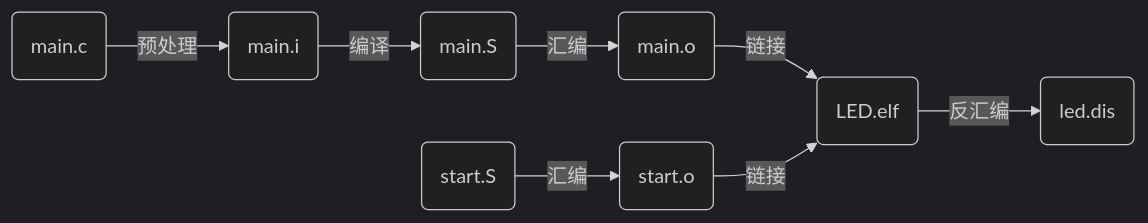
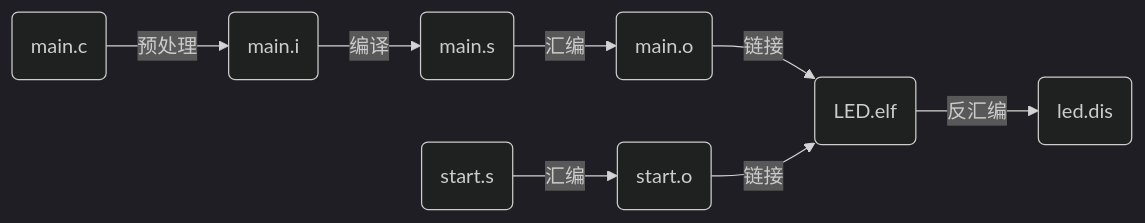
One commit to finchee/finchee.github.io changed the first of 2 diagrams in docs/notes/嵌入式 linux 应用开发/2-1_GCC编译过程.md. Above: the diagram before and after it, drawn with Mermaid (dark theme). The commit also changed 3 other files, not shown here.

````diff
--- a/docs/notes/嵌入式 linux 应用开发/2-1_GCC编译过程.md
+++ b/docs/notes/嵌入式 linux 应用开发/2-1_GCC编译过程.md
@@ -7,10 +7,10 @@
 ``` mermaid
 flowchart LR
     A(main.c) -->|预处理| B(main.i)
-    B -->|编译| C(main.S)
+    B -->|编译| C(main.s)
     C -->|汇编| D(main.o)
     D -->|链接| E(LED.elf)
     E -->|反汇编| F(led.dis)
-    G(start.S) -->|汇编| H(start.o)
+    G(start.s) -->|汇编| H(start.o)
     H -->|链接| E
 ```
````
